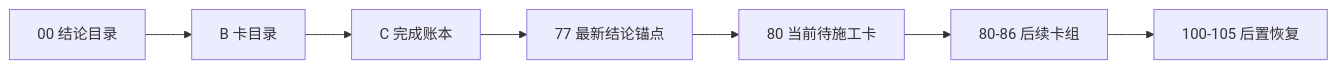
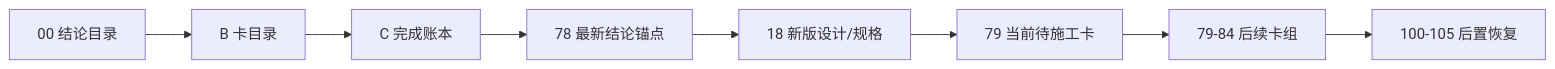
Before and after one commit to everything-is-simple/lifespan-0.01: the diagram in docs/03-execution/A-execution-reading-order-20260409.md, drawn with Mermaid. The commit also changed other lines of this file and 86 other files, not shown here.

````diff
--- a/docs/03-execution/A-execution-reading-order-20260409.md
+++ b/docs/03-execution/A-execution-reading-order-20260409.md
@@ -28,9 +26,10 @@
 ```mermaid
 flowchart LR
     CONC["00 结论目录"] --> BCAT["B 卡目录"]
     BCAT --> CLED["C 完成账本"]
-    CLED --> ANC["77 最新结论锚点"]
-    ANC --> G80["80 当前待施工卡"]
-    G80 --> G86["80-86 后续卡组"]
-    G86 --> NEXT["100-105 后置恢复"]
+    CLED --> ANC["78 最新结论锚点"]
+    ANC --> DES["18 新版设计/规格"]
+    DES --> G79["79 当前待施工卡"]
+    G79 --> G84["79-84 后续卡组"]
+    G84 --> NEXT["100-105 后置恢复"]
 ```
````
